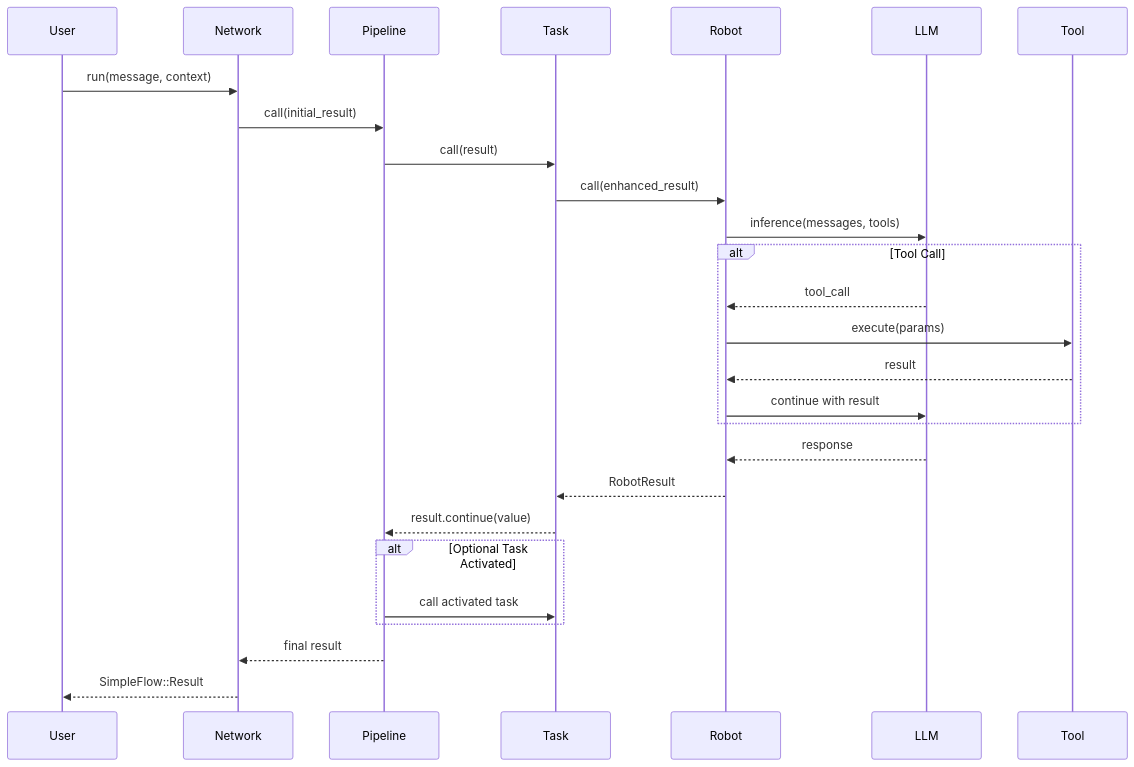
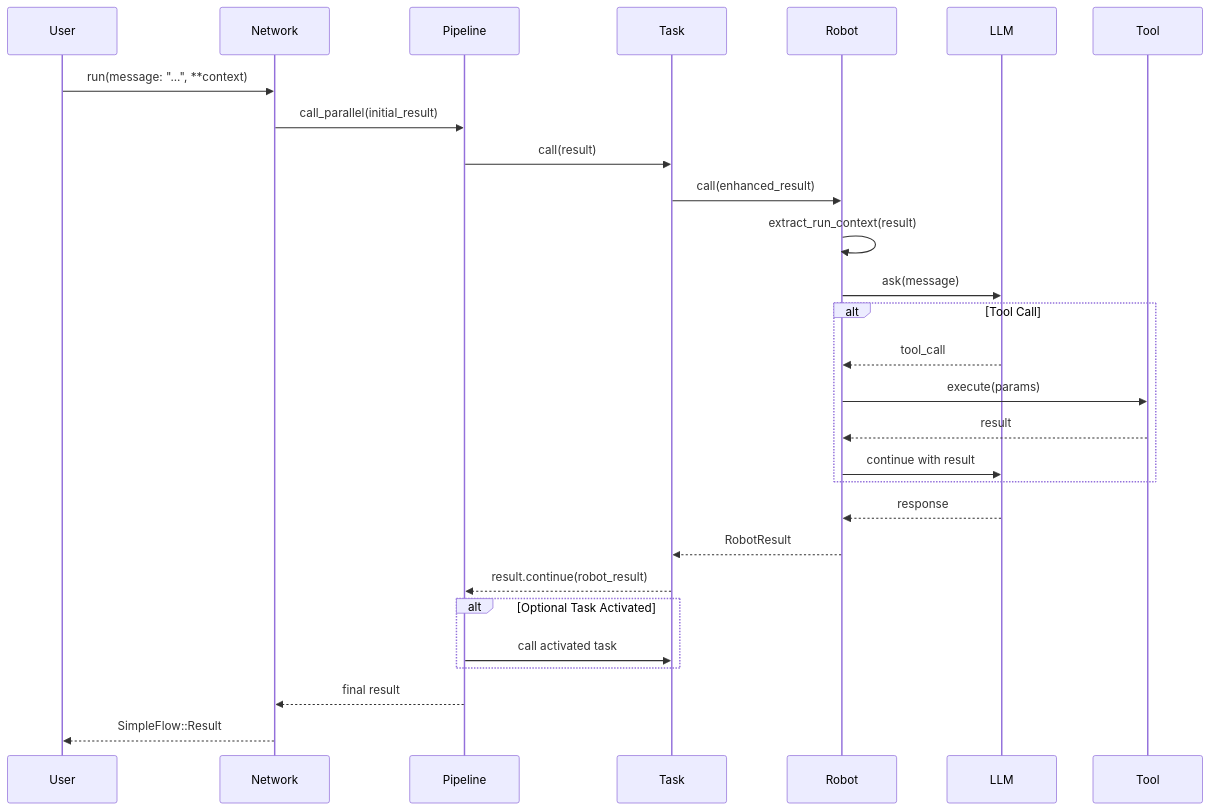
The diagram in docs/concepts.md (MadBomber/robot_lab), drawn with Mermaid before and after one commit. The commit also changed other lines of this file and 92 other files, not shown here.

````diff
--- a/docs/concepts.md
+++ b/docs/concepts.md
@@ -153,34 +276,35 @@
 ```mermaid
 sequenceDiagram
     participant User
     participant Network
     participant Pipeline
     participant Task
     participant Robot
     participant LLM
     participant Tool
 
-    User->>Network: run(message, context)
-    Network->>Pipeline: call(initial_result)
+    User->>Network: run(message: "...", **context)
+    Network->>Pipeline: call_parallel(initial_result)
     Pipeline->>Task: call(result)
     Task->>Robot: call(enhanced_result)
-    Robot->>LLM: inference(messages, tools)
+    Robot->>Robot: extract_run_context(result)
+    Robot->>LLM: ask(message)
 
     alt Tool Call
         LLM-->>Robot: tool_call
         Robot->>Tool: execute(params)
         Tool-->>Robot: result
         Robot->>LLM: continue with result
     end
 
     LLM-->>Robot: response
     Robot-->>Task: RobotResult
-    Task-->>Pipeline: result.continue(value)
+    Task-->>Pipeline: result.continue(robot_result)
 
     alt Optional Task Activated
         Pipeline->>Task: call activated task
     end
 
     Pipeline-->>Network: final result
     Network-->>User: SimpleFlow::Result
 ```
````
